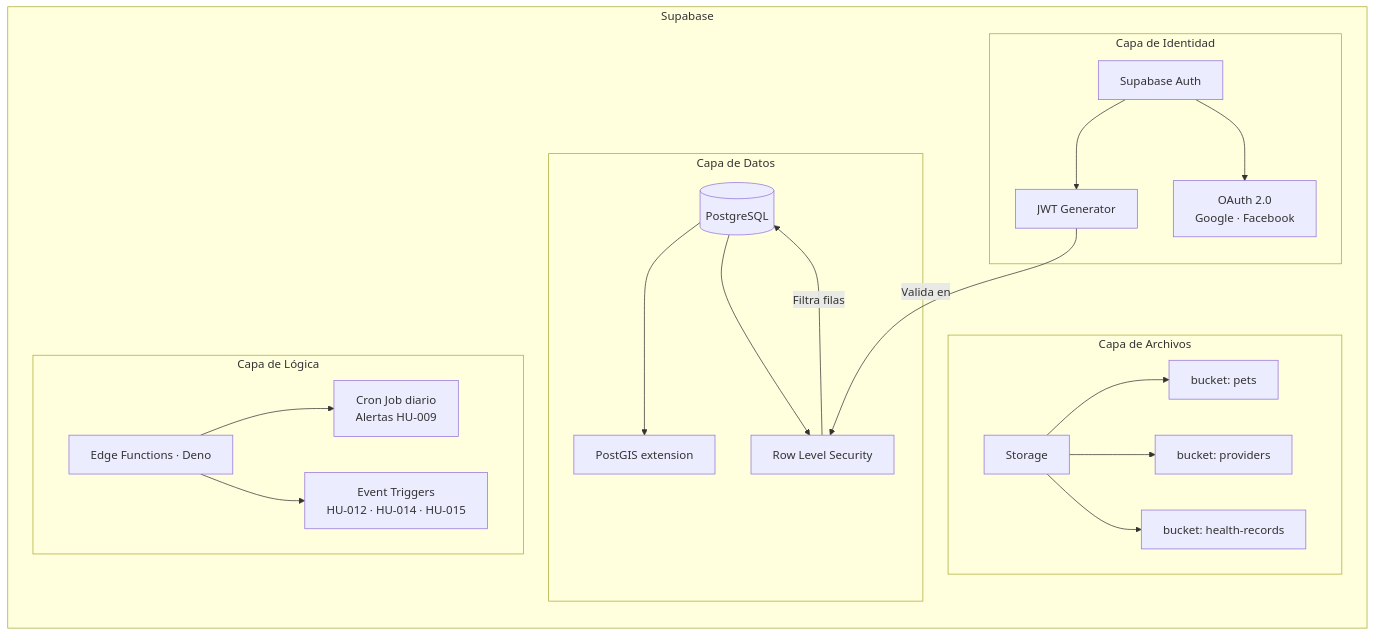
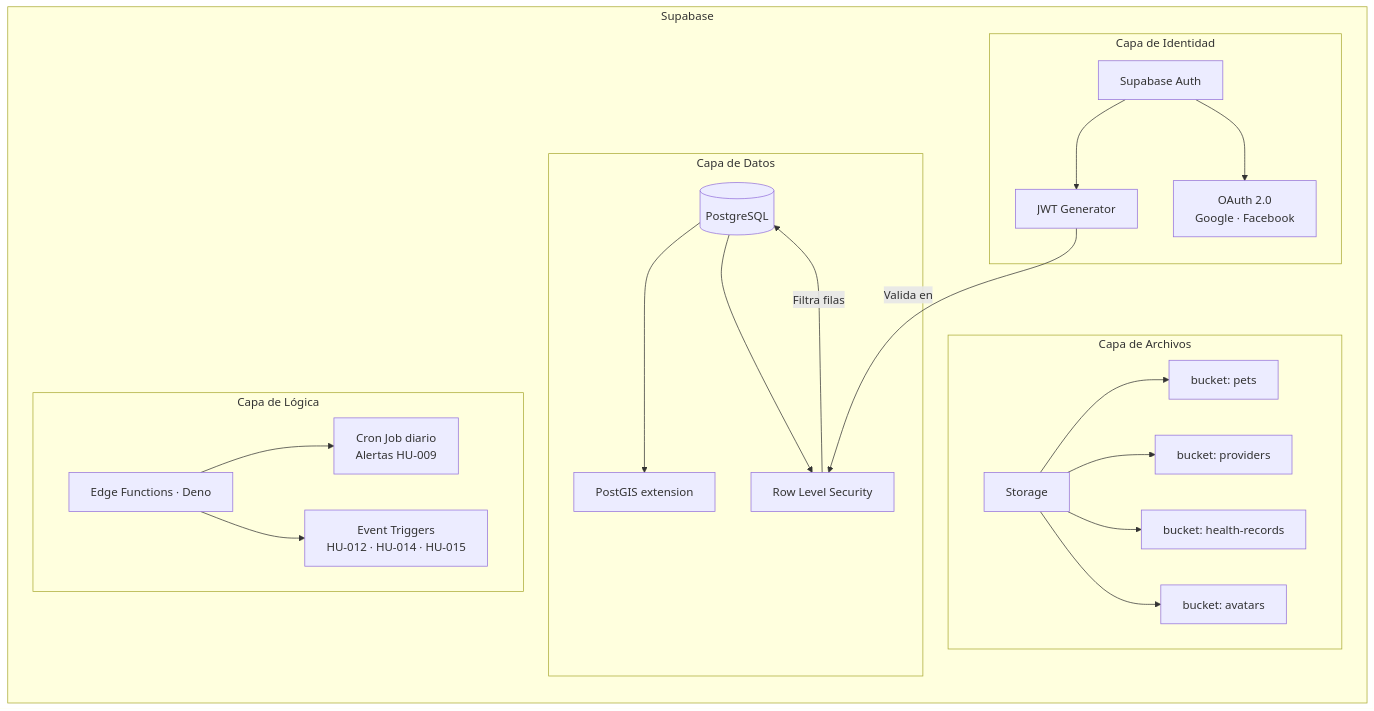
Before and after one commit to NachoGonzalezParks/Appatitas: the fourth of 22 diagrams in docs/system-architecture.md, drawn with Mermaid. The commit also changed other lines of this file and 21 other files, not shown here.

````diff
--- a/docs/system-architecture.md
+++ b/docs/system-architecture.md
@@ -146,43 +148,45 @@
 ```mermaid
 graph TB
     subgraph SB["Supabase"]
         direction TB
 
         subgraph Data["Capa de Datos"]
             PG[(PostgreSQL)]
             PGS[PostGIS extension]
             RLS[Row Level Security]
             PG --> PGS
             PG --> RLS
         end
 
         subgraph Identity["Capa de Identidad"]
             SBAUTH[Supabase Auth]
             JWT[JWT Generator]
             OAUTH[OAuth 2.0\nGoogle · Facebook]
             SBAUTH --> JWT
             SBAUTH --> OAUTH
         end
 
         subgraph Files["Capa de Archivos"]
             STOR[Storage]
             B1[bucket: pets]
             B2[bucket: providers]
             B3[bucket: health-records]
+            B4[bucket: avatars]
             STOR --> B1
             STOR --> B2
             STOR --> B3
+            STOR --> B4
         end
 
         subgraph Logic["Capa de Lógica"]
             EDF[Edge Functions · Deno]
             CRON[Cron Job diario\nAlertas HU-009]
             TRIGGER[Event Triggers\nHU-012 · HU-014 · HU-015]
             EDF --> CRON
             EDF --> TRIGGER
         end
     end
 
     JWT -->|Valida en| RLS
     RLS -->|Filtra filas| PG
 ```
````
